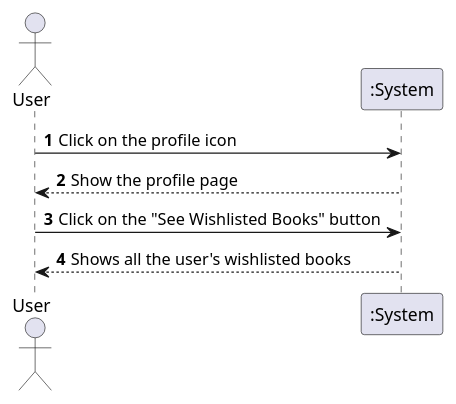
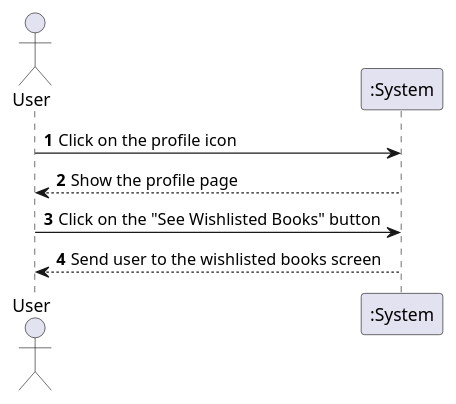
The diagram in UMLs/UC_SSD/uml/UCPS_UCSSD/UCPS3_UCSSD.puml (VitorHTeixeira/DSSMV_ProjectDroid_1232067_1241131_1241008), drawn with PlantUML before and after one commit. The commit also changed 32 other files, not shown here.

```diff
--- a/UMLs/UC_SSD/uml/UCPS_UCSSD/UCPS3_UCSSD.puml
+++ b/UMLs/UC_SSD/uml/UCPS_UCSSD/UCPS3_UCSSD.puml
@@ -1,14 +1,14 @@
 @startuml
 'https://plantuml.com/sequence-diagram
 
 autonumber
 
 actor "User" as user
 participant ":System" as sys
 
 user -> sys: Click on the profile icon
 user <-- sys: Show the profile page
 
 user -> sys: Click on the "See Wishlisted Books" button
-user <-- sys: Shows all the user's wishlisted books
+user <-- sys: Send user to the wishlisted books screen
 @enduml
```
